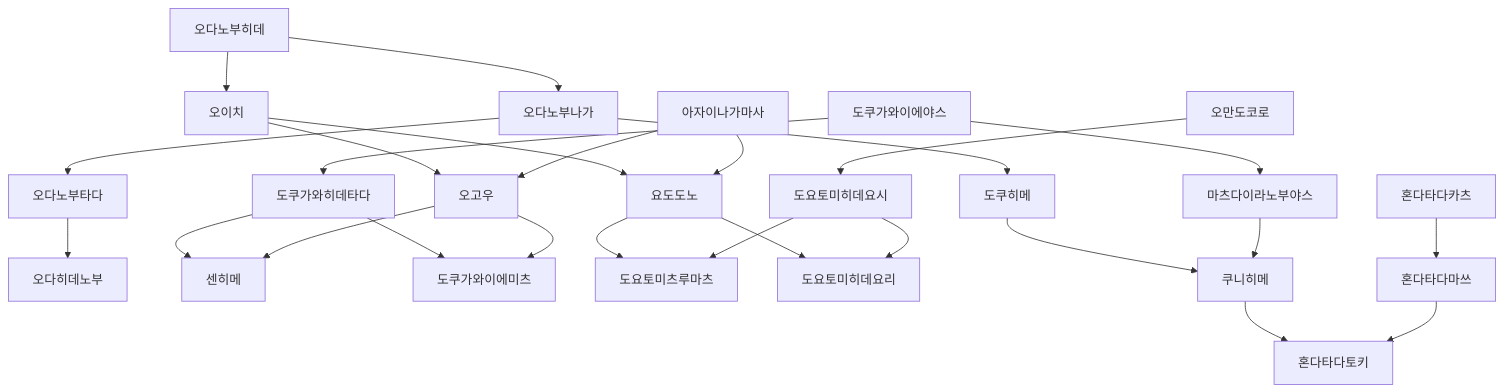
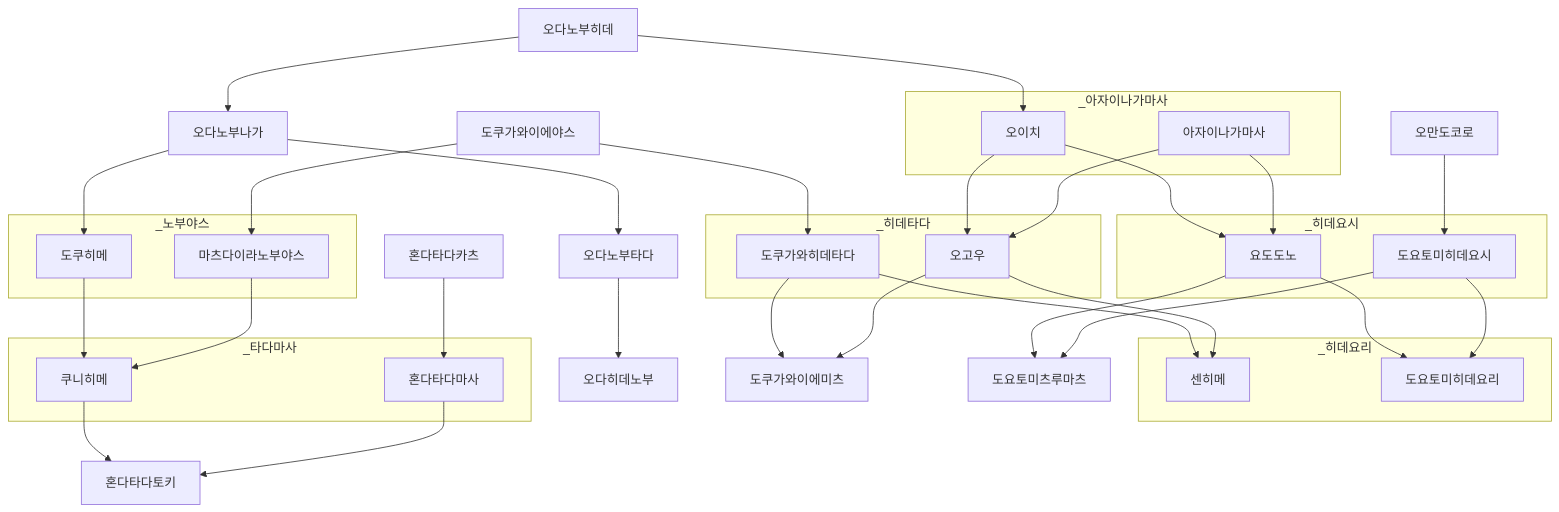
The diagram in 일본사/oda-clan.md (daewonyoon/historigram), drawn with Mermaid before and after one commit. The commit also changed 2 other files, not shown here.

Commit message:
수정.

````diff
--- a/일본사/oda-clan.md
+++ b/일본사/oda-clan.md
@@ -1,25 +1,57 @@
 ```mermaid
 graph TD
+
+  오만도코로 --> 도요토미히데요시
 
   오다노부히데 --> 오다노부나가 --> 오다노부타다 --> 오다히데노부
   오다노부히데 --> 오이치 
 
   아자이나가마사 --> 요도도노
   오이치 --> 요도도노
   아자이나가마사 --> 오고우 --> 센히메
   오이치 --> 오고우 --> 도쿠가와이에미츠
 
-  오만도코로 --> 도요토미히데요시 --> 도요토미츠루마츠
+  도요토미히데요시 --> 도요토미츠루마츠
   도요토미히데요시 --> 도요토미히데요리
   요도도노 --> 도요토미츠루마츠
   요도도노 --> 도요토미히데요리
 
   도쿠가와이에야스 -->  도쿠가와히데타다 --> 센히메
 
   도쿠가와히데타다 --> 도쿠가와이에미츠
 
-  혼다타다카츠 --> 혼다타다마쓰 --> 혼다타다토키
+  혼다타다카츠 --> 혼다타다마사 --> 혼다타다토키
   도쿠가와이에야스 --> 마츠다이라노부야스 --> 쿠니히메 --> 혼다타다토키
   오다노부나가 --> 도쿠히메 --> 쿠니히메
 
+
+  subgraph _히데요시
+  도요토미히데요시
+  요도도노
+  end
+
+  subgraph _히데타다
+  도쿠가와히데타다
+  오고우
+  end
+
+  subgraph _아자이나가마사
+  아자이나가마사
+  오이치
+  end
+
+  subgraph _노부야스
+  마츠다이라노부야스
+  도쿠히메
+  end
+
+  subgraph _히데요리
+  도요토미히데요리
+  센히메
+  end
+
+  subgraph _타다마사
+  혼다타다마사
+  쿠니히메
+  end
 ```
````
